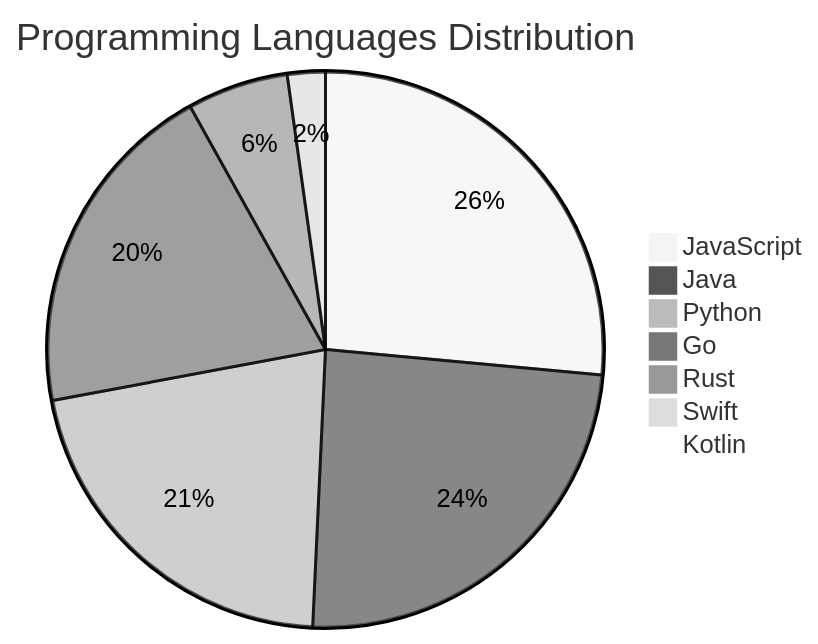
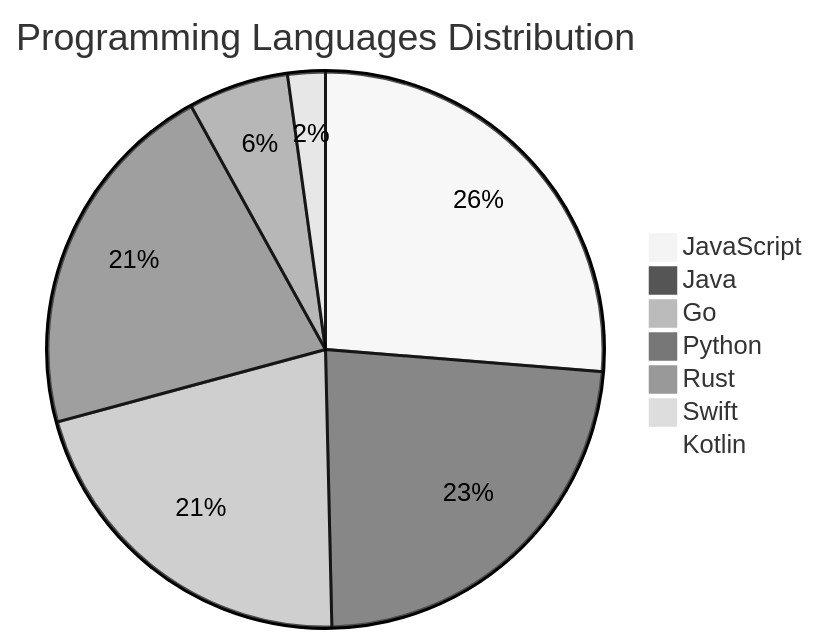
One commit to Derrick-MUGISHA/github-activity-bot changed the diagram in README.md. Above: the diagram before and after it, drawn with Mermaid (neutral theme). The commit also changed other lines of this file and 4 other files, not shown here.

````diff
--- a/README.md
+++ b/README.md
@@ -207,10 +207,10 @@
 ```mermaid
 pie title Programming Languages Distribution
     "JavaScript" : 36
-    "Java" : 33
+    "Java" : 32
+    "Go" : 29
     "Python" : 29
-    "Go" : 27
     "Rust" : 8
     "Swift" : 3
     "Kotlin" : 1
 ```
````
